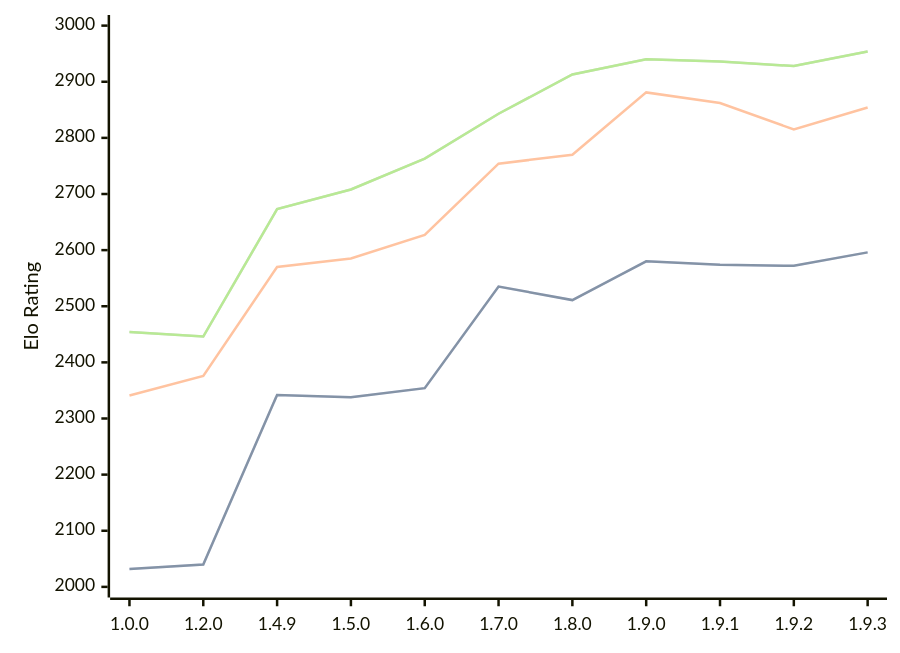
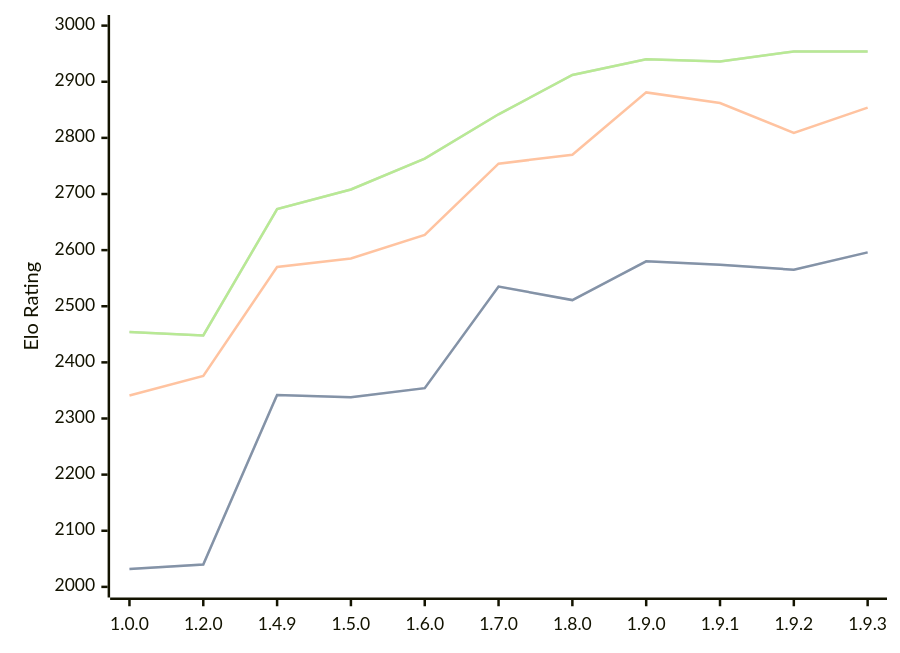
One commit to computer-chess-index/cci changed the diagram in engines/Basilisk.md. Above: the diagram before and after it, drawn with Mermaid. The commit also changed other lines of this file, not shown here.

Commit message:
Update CCI Ratings (ELO VLTC) - 2026-08-10

````diff
--- a/engines/Basilisk.md
+++ b/engines/Basilisk.md
@@ -54,11 +54,11 @@
 ```mermaid
 %%{init: {"theme":"base","themeVariables":{"seriesColors:['#a3a3a3','#222221','#faa371']}}}%%
 xychart-beta
   x-axis ["1.0.0", "1.2.0", "1.4.9", "1.5.0", "1.6.0", "1.7.0", "1.8.0", "1.9.0", "1.9.1", "1.9.2", "1.9.3"]
   y-axis "Elo Rating" 2000 --> 3000
-  line "STC (8.0+0.08s)" [2032, 2040, 2342, 2338, 2354, 2535, 2511, 2580, 2574, 2572, 2596]
-  line "STC (8.0+0.08s)" [2032, 2040, 2342, 2338, 2354, 2535, 2511, 2580, 2574, 2572, 2596]
-  line "LTC (60.0+0.60s)" [2341, 2376, 2570, 2585, 2627, 2754, 2770, 2881, 2862, 2815, 2854]
-  line "VLTC (2m24s+1.12s)" [2454, 2446, 2673, 2708, 2763, 2843, 2913, 2940, 2936, 2928, 2954]
-  line "VLTC (2m24s+1.12s)" [2454, 2446, 2673, 2708, 2763, 2843, 2913, 2940, 2936, 2928, 2954]
+  line "STC (8.0+0.08s)" [2032, 2040, 2342, 2338, 2354, 2535, 2511, 2580, 2574, 2565, 2596]
+  line "STC (8.0+0.08s)" [2032, 2040, 2342, 2338, 2354, 2535, 2511, 2580, 2574, 2565, 2596]
+  line "LTC (60.0+0.60s)" [2341, 2376, 2570, 2585, 2627, 2754, 2770, 2881, 2862, 2809, 2854]
+  line "VLTC (2m24s+1.12s)" [2454, 2448, 2673, 2708, 2763, 2842, 2912, 2940, 2936, 2954, 2954]
+  line "VLTC (2m24s+1.12s)" [2454, 2448, 2673, 2708, 2763, 2842, 2912, 2940, 2936, 2954, 2954]
 ```
````
